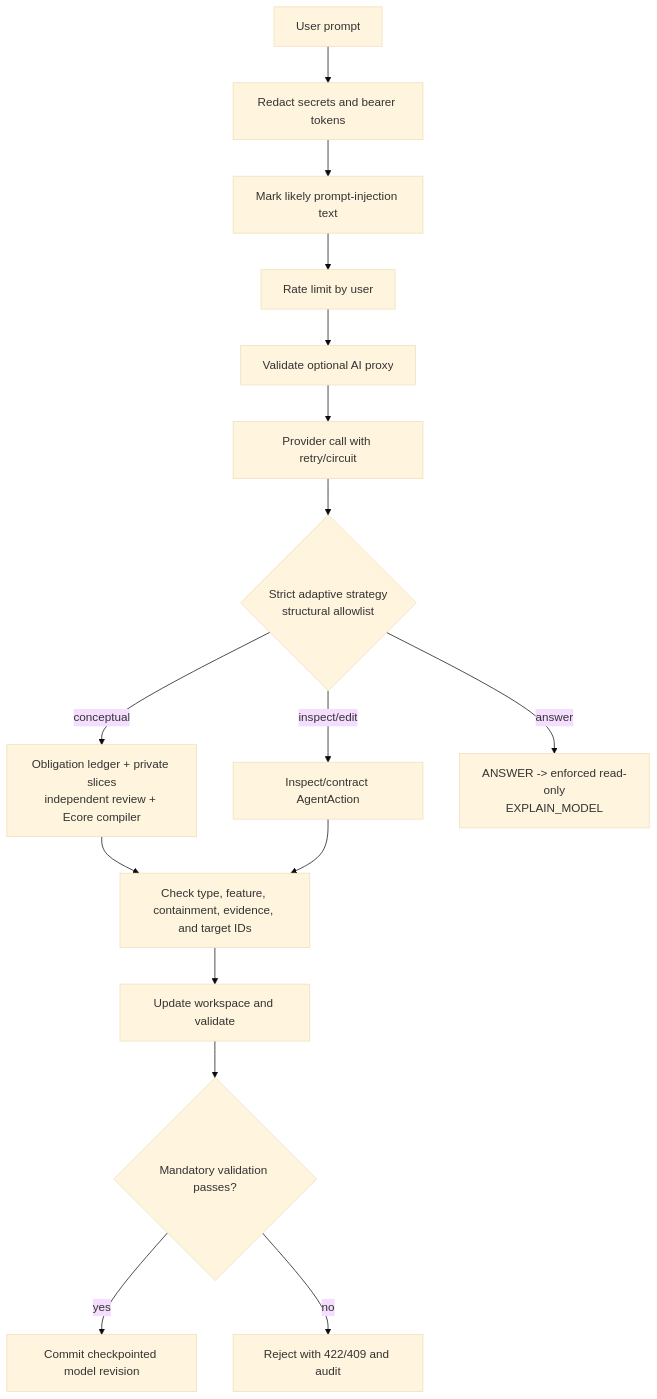
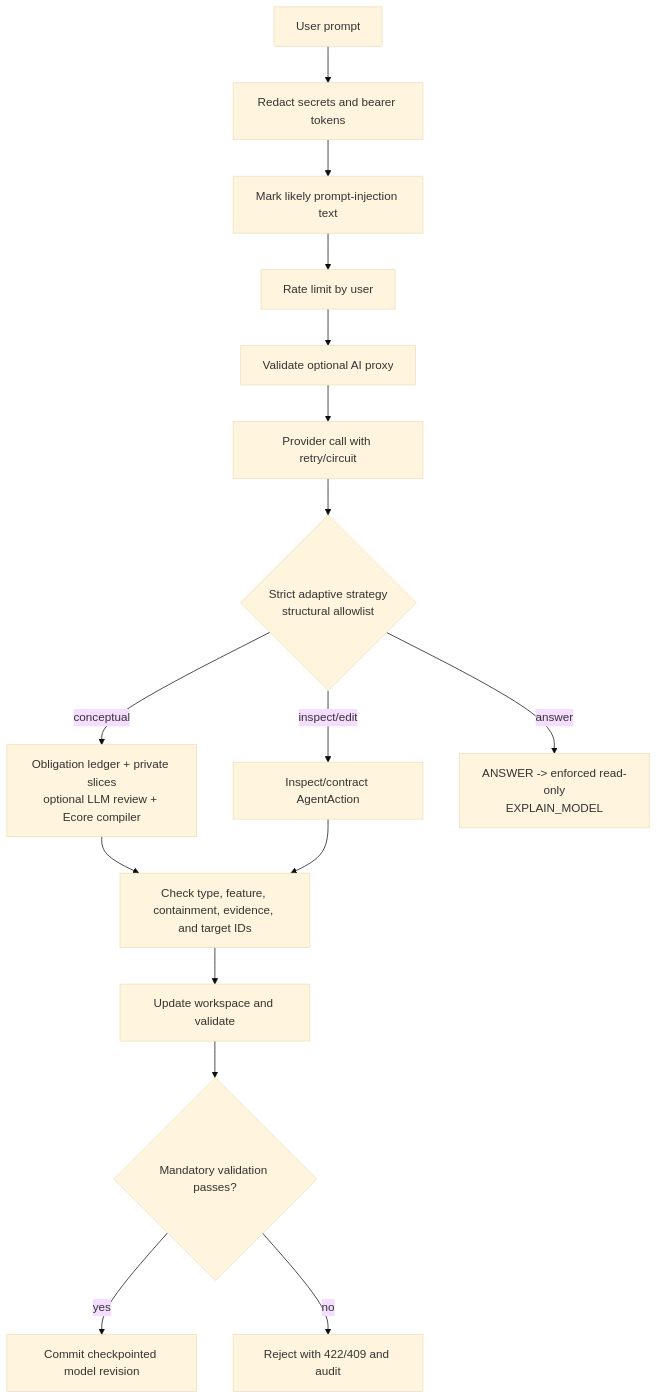
The fifth of 8 diagrams in docs/diagrams/23-security-observability-failure.md (mehdieidi/modriss), drawn with Mermaid (base theme) before and after one commit. The commit also changed 34 other files, not shown here.

````diff
--- a/docs/diagrams/23-security-observability-failure.md
+++ b/docs/diagrams/23-security-observability-failure.md
@@ -91,26 +91,26 @@
 ```mermaid
 flowchart TD
     prompt["User prompt"]
     redact["Redact secrets and bearer tokens"]
     inject["Mark likely prompt-injection text"]
     rate["Rate limit by user"]
     proxy["Validate optional AI proxy"]
     provider["Provider call with retry/circuit"]
     strategy{"Strict adaptive strategy<br/>structural allowlist"}
-    conceptual["Obligation ledger + private slices<br/>independent review + Ecore compiler"]
+    conceptual["Obligation ledger + private slices<br/>optional LLM review + Ecore compiler"]
     action["Inspect/contract AgentAction"]
     ground["Check type, feature, containment, evidence, and target IDs"]
     preview["Update workspace and validate"]
     decision{"Mandatory validation passes?"}
     save["Commit checkpointed model revision"]
     answer["ANSWER -> enforced read-only<br/>EXPLAIN_MODEL"]
     block["Reject with 422/409 and audit"]
 
     prompt --> redact --> inject --> rate --> proxy --> provider --> strategy
     strategy -- conceptual --> conceptual --> ground
     strategy -- inspect/edit --> action --> ground
     strategy -- answer --> answer
     ground --> preview --> decision
     decision -- yes --> save
     decision -- no --> block
 ```
````
